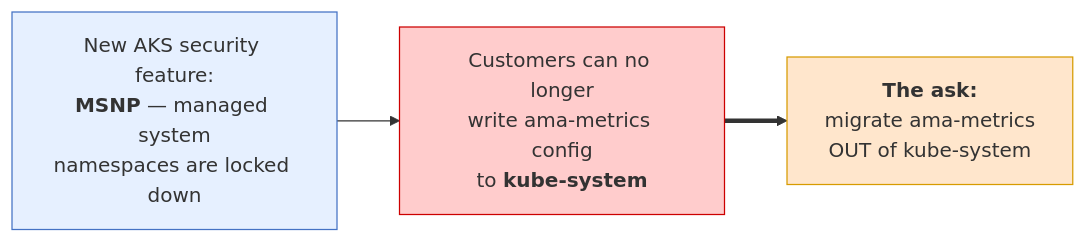
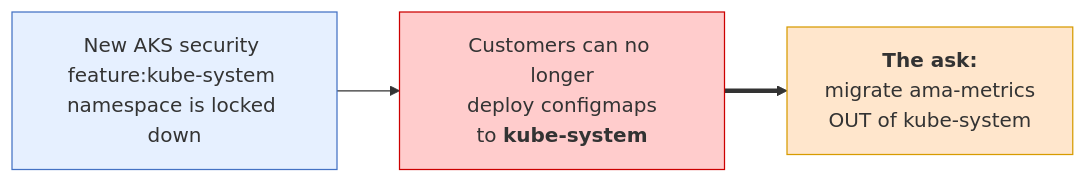
One commit to Azure/prometheus-collector changed the second of 11 diagrams in custom-ns/doc/automatic-investigation/aks-vap-demo-diagrams.md. Above: the diagram before and after it, drawn with Mermaid. The commit also changed other lines of this file, not shown here.

First line of the commit message:
docs(custom-ns): restructure VAP demo diagrams for a cold audience

````diff
--- a/custom-ns/doc/automatic-investigation/aks-vap-demo-diagrams.md
+++ b/custom-ns/doc/automatic-investigation/aks-vap-demo-diagrams.md
@@ -43,9 +43,9 @@
 ```mermaid
 flowchart LR
-    NEW["New AKS security feature:<br/><b>MSNP</b> — managed system<br/>namespaces are locked down"] --> BROKE["Customers can no longer<br/>write ama-metrics config<br/>to <b>kube-system</b>"]
+    NEW["New AKS security feature:kube-system namespace is locked down"] --> BROKE["Customers can no longer<br/>deploy configmaps<br/>to <b>kube-system</b>"]
     BROKE ==> ASK["<b>The ask:</b><br/>migrate ama-metrics<br/>OUT of kube-system"]
 
     style NEW fill:#e6f0ff,stroke:#4472c4
     style BROKE fill:#ffcccc,stroke:#c00
     style ASK fill:#ffe6cc,stroke:#d79b00
 ```
````
